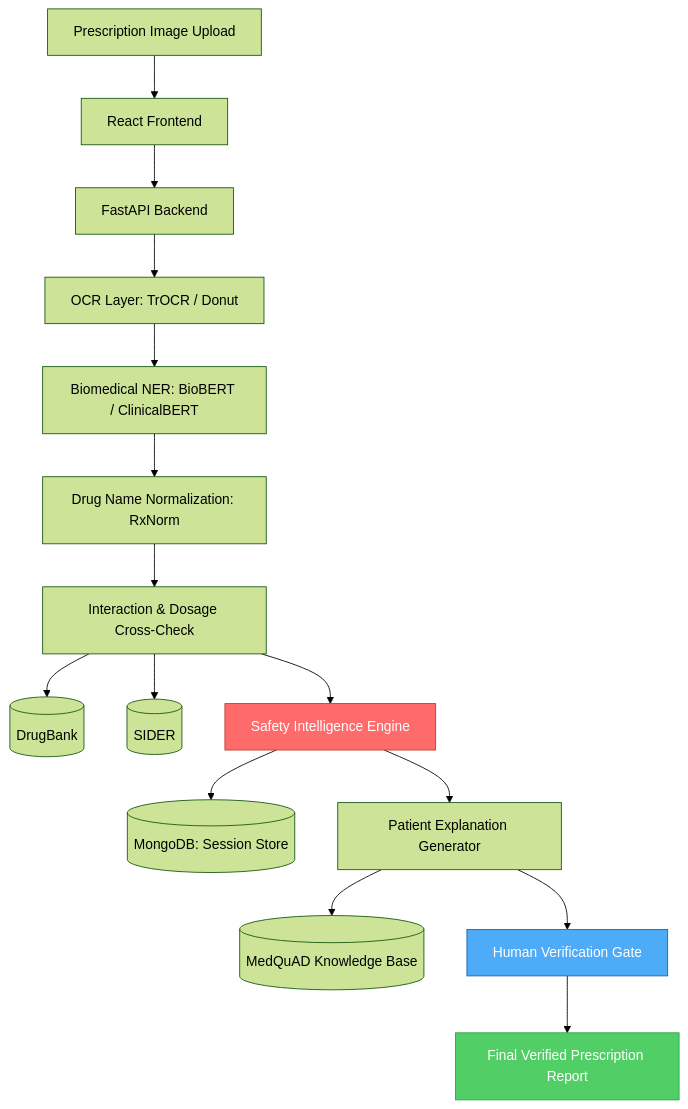
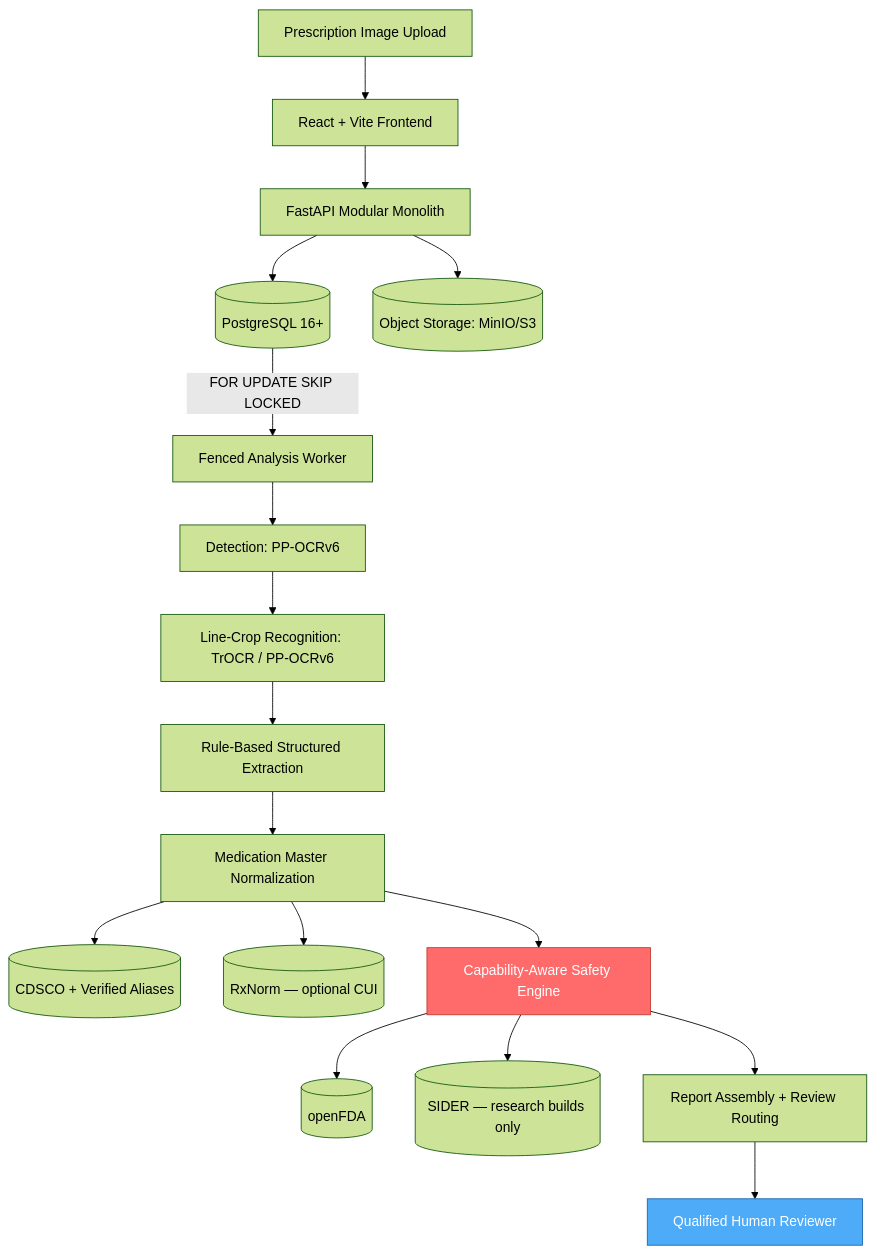
The first of 2 diagrams in README.md (dipak0000812/Prescripto-2.0), drawn with Mermaid (forest theme) before and after one commit. The commit also changed other lines of this file, not shown here.

````diff
--- a/README.md
+++ b/README.md
@@ -53,21 +82,22 @@
 ```mermaid
 graph TD
-    A[Prescription Image Upload] --> B[React Frontend]
-    B --> C[FastAPI Backend]
-    C --> D[OCR Layer: TrOCR / Donut]
-    D --> E[Biomedical NER: BioBERT / ClinicalBERT]
-    E --> F[Drug Name Normalization: RxNorm]
-    F --> G[Interaction & Dosage Cross-Check]
-    G --> G1[(DrugBank)]
-    G --> G2[(SIDER)]
-    G --> H[Safety Intelligence Engine]
-    H --> I[(MongoDB: Session Store)]
-    H --> J[Patient Explanation Generator]
-    J --> J1[(MedQuAD Knowledge Base)]
-    J --> K[Human Verification Gate]
-    K --> L[Final Verified Prescription Report]
+    A[Prescription Image Upload] --> B[React + Vite Frontend]
+    B --> C[FastAPI Modular Monolith]
+    C --> D[(PostgreSQL 16+)]
+    C --> E[(Object Storage: MinIO/S3)]
+    D -->|FOR UPDATE SKIP LOCKED| F[Fenced Analysis Worker]
+    F --> G[Detection: PP-OCRv6]
+    G --> H[Line-Crop Recognition: TrOCR / PP-OCRv6]
+    H --> I[Rule-Based Structured Extraction]
+    I --> J[Medication Master Normalization]
+    J --> J1[(CDSCO + Verified Aliases)]
+    J --> J2[(RxNorm — optional CUI)]
+    J --> K[Capability-Aware Safety Engine]
+    K --> K1[(openFDA)]
+    K --> K2[(SIDER — research builds only)]
+    K --> L[Report Assembly + Review Routing]
+    L --> M[Qualified Human Reviewer]
 
-    style H fill:#ff6b6b,stroke:#c0392b,color:#fff
-    style K fill:#4dabf7,stroke:#1864ab,color:#fff
-    style L fill:#51cf66,stroke:#2f9e44,color:#fff
+    style K fill:#ff6b6b,stroke:#c0392b,color:#fff
+    style M fill:#4dabf7,stroke:#1864ab,color:#fff
 ```
````
